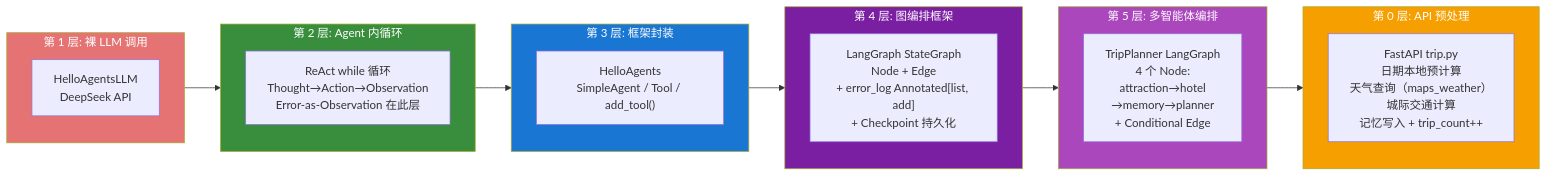
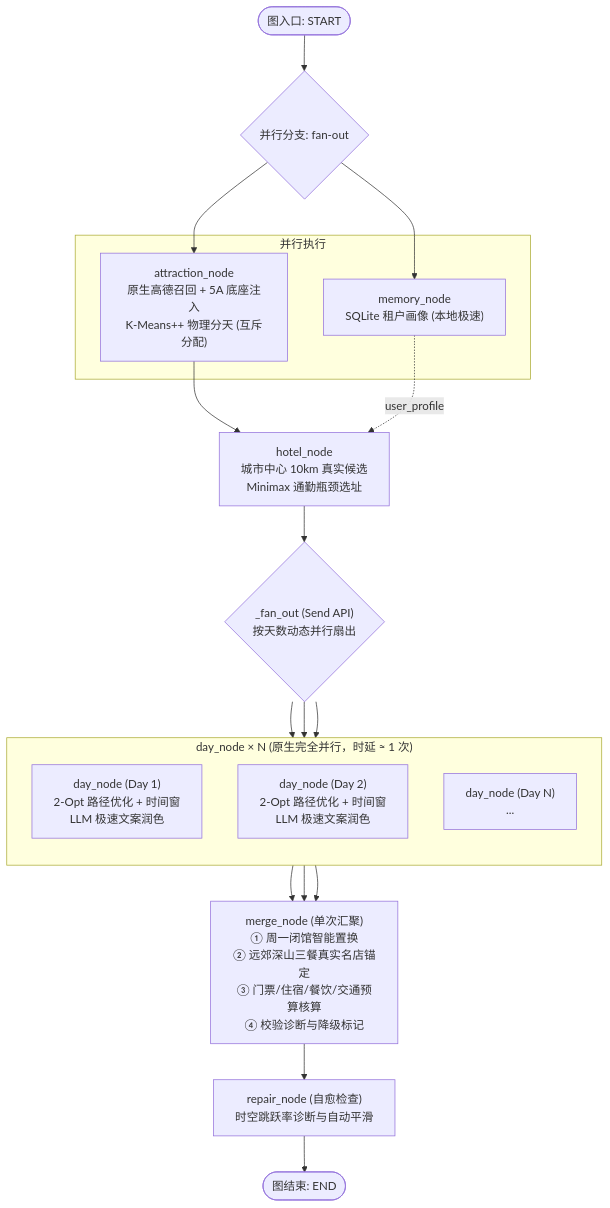
Before and after one commit to SuperGODOG/tripplanner: the fifth of 10 diagrams in .pages/site_src/ARCHITECTURE.md, drawn with Mermaid. The commit also changed other lines of this file and 1 other file, not shown here.

Commit message:
docs: upgrade ARCHITECTURE.md to v4.0 Sovereign Matrix with full holographic Mermaid topologies

````diff
--- a/.pages/site_src/ARCHITECTURE.md
+++ b/.pages/site_src/ARCHITECTURE.md
@@ -336,41 +207,33 @@
 ```mermaid
-flowchart LR
-    subgraph L5["第 5 层: 多智能体编排"]
-        direction TB
-        N5["TripPlanner LangGraph<br/>4 个 Node:<br/>attraction→hotel<br/>→memory→planner<br/>+ Conditional Edge"]
+flowchart TB
+    START(["图入口: START"]) --> ATTR_MEM{"并行分支: fan-out"}
+
+    subgraph Pre["并行执行"]
+        ATTR["attraction_node<br/>原生高德召回 + 5A 底座注入<br/>K-Means++ 物理分天 (互斥分配)"]
+        MEM["memory_node<br/>SQLite 租户画像 (本地极速)"]
     end
 
-    subgraph L4["第 4 层: 图编排框架"]
+    ATTR_MEM --> ATTR
+    ATTR_MEM --> MEM
+
+    ATTR --> HOTEL["hotel_node<br/>城市中心 10km 真实候选<br/>Minimax 通勤瓶颈选址"]
+    MEM -.->|"user_profile"| HOTEL
+
+    HOTEL --> FAN_OUT{"_fan_out (Send API)<br/>按天数动态并行扇出"}
+
+    subgraph DayParallel["day_node × N (原生完全并行，时延 ≈ 1 次)"]
         direction TB
-        N4["LangGraph StateGraph<br/>Node + Edge<br/>+ error_log Annotated[list, add]<br/>+ Checkpoint 持久化"]
+        D1["day_node (Day 1)<br/>2-Opt 路径优化 + 时间窗<br/>LLM 极速文案润色"]
+        D2["day_node (Day 2)<br/>2-Opt 路径优化 + 时间窗<br/>LLM 极速文案润色"]
+        DN["day_node (Day N)<br/>..."]
     end
 
-    subgraph L3["第 3 层: 框架封装"]
-        direction TB
-        N3["HelloAgents<br/>SimpleAgent / Tool / add_tool()"]
-    end
+    FAN_OUT --> D1
+    FAN_OUT --> D2
+    FAN_OUT --> DN
 
-    subgraph L2["第 2 层: Agent 内循环"]
-        direction TB
-        N2["ReAct while 循环<br/>Thought→Action→Observation<br/>Error-as-Observation 在此层"]
-    end
+    D1 & D2 & DN --> MERGE["merge_node (单次汇聚)<br/>① 周一闭馆智能置换<br/>② 远郊深山三餐真实名店锚定<br/>③ 门票/住宿/餐饮/交通预算核算<br/>④ 校验诊断与降级标记"]
 
-    subgraph L1["第 1 层: 裸 LLM 调用"]
-        direction TB
-        N1["HelloAgentsLLM<br/>DeepSeek API"]
-    end
-
-    subgraph L0["第 0 层: API 预处理"]
-        direction TB
-        N0["FastAPI trip.py<br/>日期本地预计算<br/>天气查询（maps_weather）<br/>城际交通计算<br/>记忆写入 + trip_count++"]
-    end
-
-    N1 --> N2 --> N3 --> N4 --> N5 --> N0
-
-    style L5 fill:#ab47bc,color:#fff
-    style L4 fill:#7b1fa2,color:#fff
-    style L3 fill:#1976d2,color:#fff
-    style L2 fill:#388e3c,color:#fff
-    style L1 fill:#e57373,color:#fff
-    style L0 fill:#f59f00,color:#fff
+    MERGE --> REPAIR_NODE["repair_node (自愈检查)<br/>时空跳跃率诊断与自动平滑"]
+    REPAIR_NODE --> END_NODE(["图结束: END"])
 ```
````
